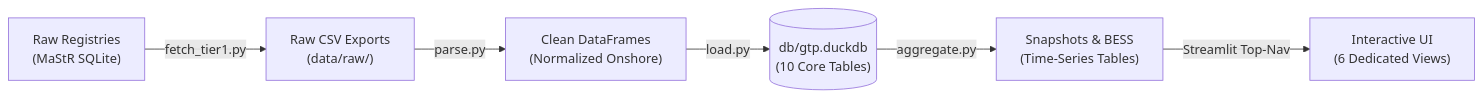
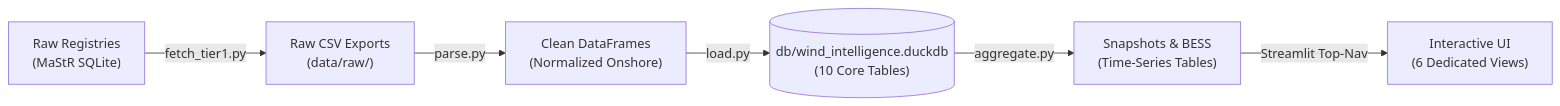
The diagram in docs/MASTER_WALKTHROUGH_AND_KPI_REFERENCE.md (gaurav-619/gtp-wind-intelligence), drawn with Mermaid before and after one commit. The commit also changed other lines of this file and 36 other files, not shown here.

Commit message:
rebrand: remove GTP references and standardize to Wind Intelligence Platform

````diff
--- a/docs/MASTER_WALKTHROUGH_AND_KPI_REFERENCE.md
+++ b/docs/MASTER_WALKTHROUGH_AND_KPI_REFERENCE.md
@@ -89,8 +89,8 @@
 ```mermaid
 flowchart LR
     A["Raw Registries<br/>(MaStR SQLite)"] -->|fetch_tier1.py| B["Raw CSV Exports<br/>(data/raw/)"]
     B -->|parse.py| C["Clean DataFrames<br/>(Normalized Onshore)"]
-    C -->|load.py| D[("db/gtp.duckdb<br/>(10 Core Tables)")]
+    C -->|load.py| D[("db/wind_intelligence.duckdb<br/>(10 Core Tables)")]
     D -->|aggregate.py| E["Snapshots & BESS<br/>(Time-Series Tables)"]
     E -->|Streamlit Top-Nav| F["Interactive UI<br/>(6 Dedicated Views)"]
 ```
````
